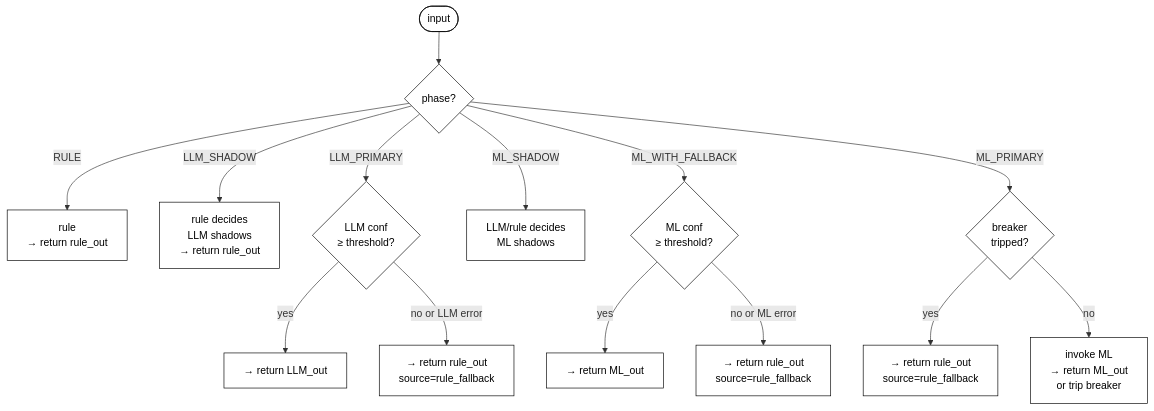
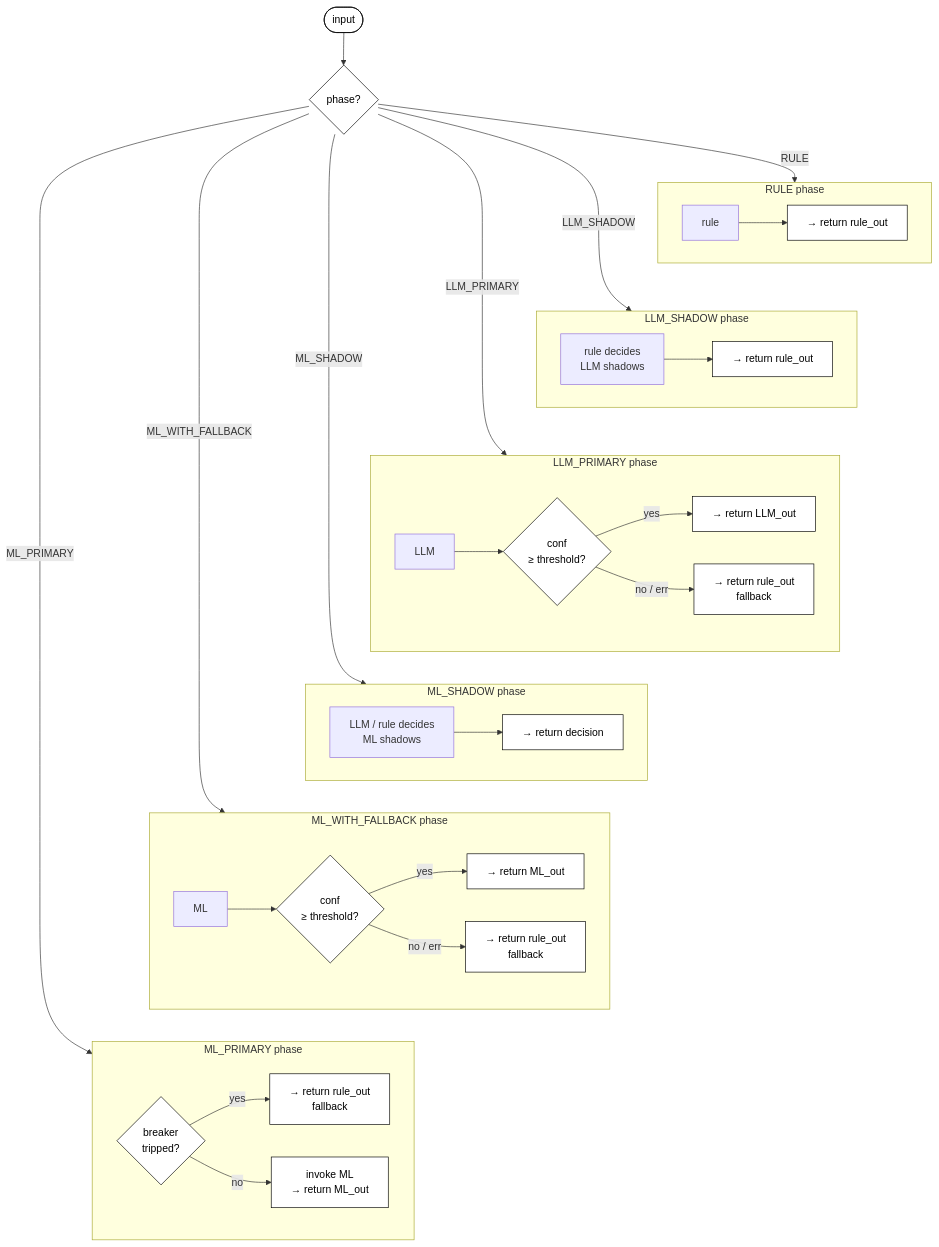
Before and after one commit to b-tree-labs/dendra: the diagram in docs/working/patent/drawings/fig-03.mmd, drawn with Mermaid. The commit also changed 10 other files, not shown here.

```diff
--- a/docs/working/patent/drawings/fig-03.mmd
+++ b/docs/working/patent/drawings/fig-03.mmd
@@ -1,31 +1,57 @@
-flowchart TD
+flowchart TB
     classDef box fill:#ffffff,stroke:#000000,color:#000000
 
     IN([input]):::box
     PH{phase?}:::box
-    RULE[rule<br/>→ return rule_out]:::box
-    LS[rule decides<br/>LLM shadows<br/>→ return rule_out]:::box
-    LP{LLM conf<br/>≥ threshold?}:::box
-    LP_Y[→ return LLM_out]:::box
-    LP_N[→ return rule_out<br/>source=rule_fallback]:::box
-    MS[LLM/rule decides<br/>ML shadows]:::box
-    MF{ML conf<br/>≥ threshold?}:::box
-    MF_Y[→ return ML_out]:::box
-    MF_N[→ return rule_out<br/>source=rule_fallback]:::box
-    MP{breaker<br/>tripped?}:::box
-    MP_Y[→ return rule_out<br/>source=rule_fallback]:::box
-    MP_N[invoke ML<br/>→ return ML_out<br/>or trip breaker]:::box
+    IN --> PH
 
-    IN --> PH
-    PH -->|RULE| RULE
-    PH -->|LLM_SHADOW| LS
-    PH -->|LLM_PRIMARY| LP
-    LP -->|yes| LP_Y
-    LP -->|no or LLM error| LP_N
-    PH -->|ML_SHADOW| MS
-    PH -->|ML_WITH_FALLBACK| MF
-    MF -->|yes| MF_Y
-    MF -->|no or ML error| MF_N
-    PH -->|ML_PRIMARY| MP
-    MP -->|yes| MP_Y
-    MP -->|no| MP_N
+    subgraph rp [RULE phase]
+      direction LR
+      R1[rule] --> R2[→ return rule_out]:::box
+    end
+
+    subgraph ls [LLM_SHADOW phase]
+      direction LR
+      LS1[rule decides<br/>LLM shadows] --> LS2[→ return rule_out]:::box
+    end
+
+    subgraph lp [LLM_PRIMARY phase]
+      direction LR
+      LP1[LLM] --> LP2{conf<br/>≥ threshold?}:::box
+      LP2 -->|yes| LP3[→ return LLM_out]:::box
+      LP2 -->|no / err| LP4[→ return rule_out<br/>fallback]:::box
+    end
+
+    subgraph ms [ML_SHADOW phase]
+      direction LR
+      MS1[LLM / rule decides<br/>ML shadows] --> MS2[→ return decision]:::box
+    end
+
+    subgraph mf [ML_WITH_FALLBACK phase]
+      direction LR
+      MF1[ML] --> MF2{conf<br/>≥ threshold?}:::box
+      MF2 -->|yes| MF3[→ return ML_out]:::box
+      MF2 -->|no / err| MF4[→ return rule_out<br/>fallback]:::box
+    end
+
+    subgraph mp [ML_PRIMARY phase]
+      direction LR
+      MP1{breaker<br/>tripped?}:::box
+      MP1 -->|yes| MP2[→ return rule_out<br/>fallback]:::box
+      MP1 -->|no| MP3[invoke ML<br/>→ return ML_out]:::box
+    end
+
+    PH -->|RULE| rp
+    PH -->|LLM_SHADOW| ls
+    PH -->|LLM_PRIMARY| lp
+    PH -->|ML_SHADOW| ms
+    PH -->|ML_WITH_FALLBACK| mf
+    PH -->|ML_PRIMARY| mp
+
+    %% Invisible ordering edges force the subgraphs to stack vertically
+    %% rather than fan out horizontally from PH.
+    rp ~~~ ls
+    ls ~~~ lp
+    lp ~~~ ms
+    ms ~~~ mf
+    mf ~~~ mp
```
